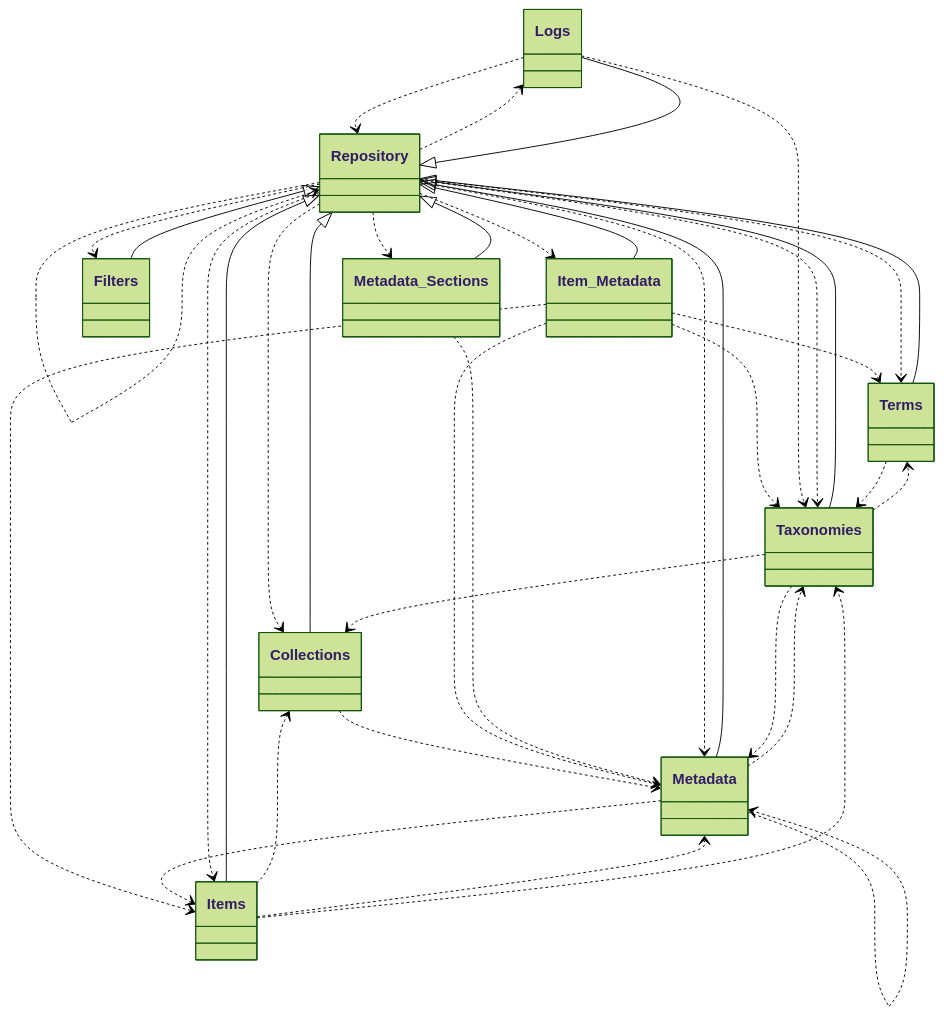
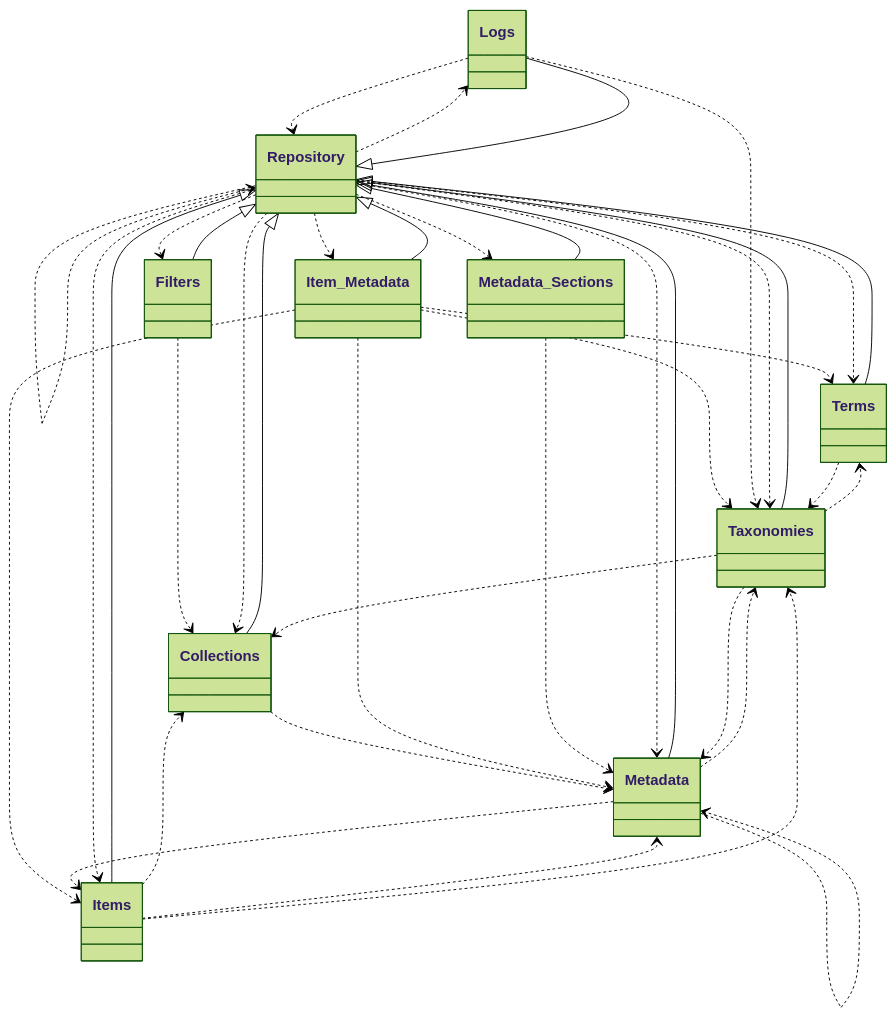
The diagram in docs/diagrams/tainacan-namespace-Tainacan-Repositories.mmd (tainacan/tainacan), drawn with Mermaid (forest theme) before and after one commit. The commit also changed 7 other files, not shown here.

```diff
--- a/docs/diagrams/tainacan-namespace-Tainacan-Repositories.mmd
+++ b/docs/diagrams/tainacan-namespace-Tainacan-Repositories.mmd
@@ -1,50 +1,51 @@
 classDiagram
     direction TB
     class Terms { }
     class Logs { }
     class Item_Metadata { }
     class Taxonomies { }
     class Logs { }
     class Items { }
     class Filters { }
     class Repository { }
     class Metadata { }
     class Metadata_Sections { }
     class Collections { }
     Collections ..> Metadata
+    Filters ..> Collections
     Item_Metadata ..> Items
     Item_Metadata ..> Metadata
     Item_Metadata ..> Taxonomies
     Item_Metadata ..> Terms
     Items ..> Collections
     Items ..> Metadata
     Items ..> Taxonomies
     Logs ..> Repository
     Logs ..> Taxonomies
     Metadata ..> Items
     Metadata ..> Metadata
     Metadata ..> Taxonomies
     Metadata_Sections ..> Metadata
     Repository ..> Collections
     Repository ..> Filters
     Repository ..> Item_Metadata
     Repository ..> Items
     Repository ..> Logs
     Repository ..> Metadata
     Repository ..> Metadata_Sections
     Repository ..> Repository
     Repository ..> Taxonomies
     Repository ..> Terms
     Repository <|-- Collections
     Repository <|-- Filters
     Repository <|-- Item_Metadata
     Repository <|-- Items
     Repository <|-- Logs
     Repository <|-- Metadata
     Repository <|-- Metadata_Sections
     Repository <|-- Taxonomies
     Repository <|-- Terms
     Taxonomies ..> Collections
     Taxonomies ..> Metadata
     Taxonomies ..> Terms
     Terms ..> Taxonomies
```
